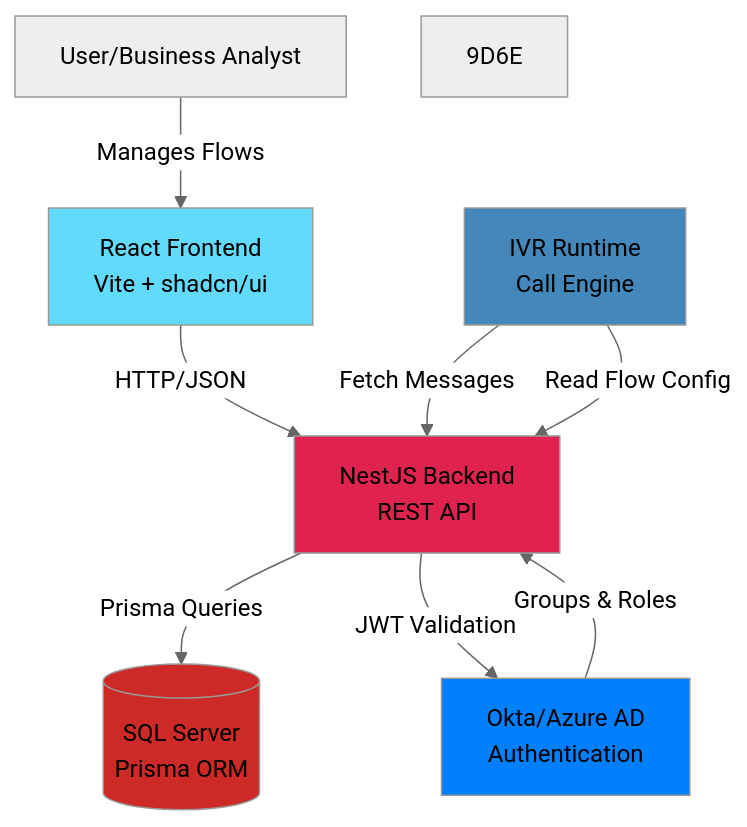
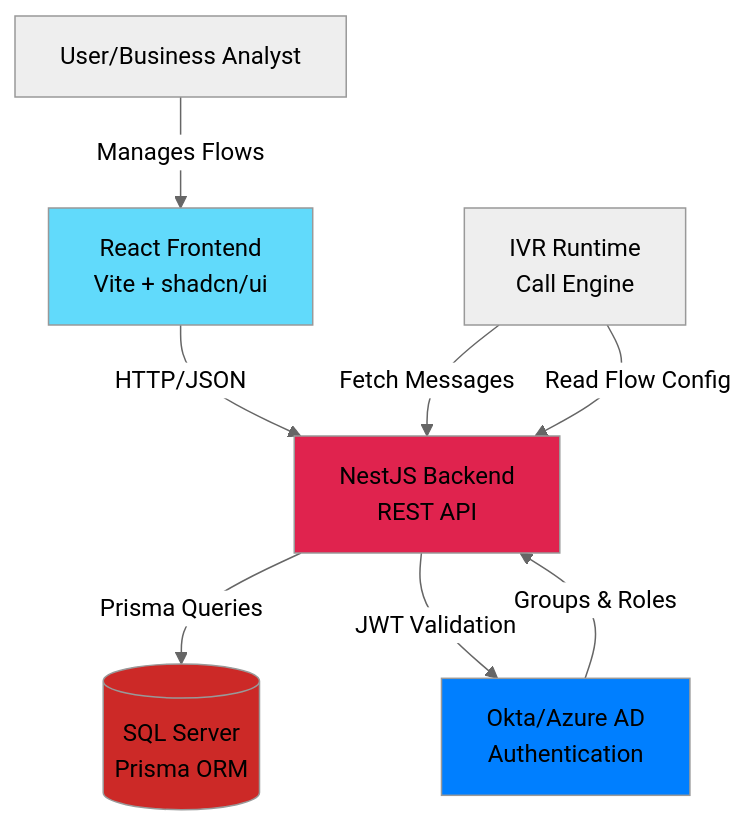
One commit to MertensMattias/routing-data-layer-doc changed the first of 5 diagrams in docs/DEVELOPER_GUIDE.md. Above: the diagram before and after it, drawn with Mermaid (neutral theme). The commit also changed 1 other file, not shown here.

Commit message:
Update DATABASE_SCHEMA.md to clarify unique key annotations and adjust DEVELOPER_GUIDE.md for IVR style color consistency.

````diff
--- a/docs/DEVELOPER_GUIDE.md
+++ b/docs/DEVELOPER_GUIDE.md
@@ -92,25 +92,23 @@
 ```mermaid
 graph TB
     User[User/Business Analyst]
     Frontend[React Frontend<br/>Vite + shadcn/ui]
     Backend[NestJS Backend<br/>REST API]
     Database[(SQL Server<br/>Prisma ORM)]
     Auth[Okta/Azure AD<br/>Authentication]
     IVR[IVR Runtime<br/>Call Engine]
 
     User -->|Manages Flows| Frontend
     Frontend -->|HTTP/JSON| Backend
     Backend -->|Prisma Queries| Database
     Backend -->|JWT Validation| Auth
     Auth -->|Groups & Roles| Backend
     IVR -->|Fetch Messages| Backend
     IVR -->|Read Flow Config| Backend
 
     style Frontend fill:#61DAFB
     style Backend fill:#E0234E
     style Database fill:#CC2927
     style Auth fill:#007FFF
-    style IVR fill:#48B
-
-9D6E
+    style IVR fill:#48B9D6E
 ```
````
